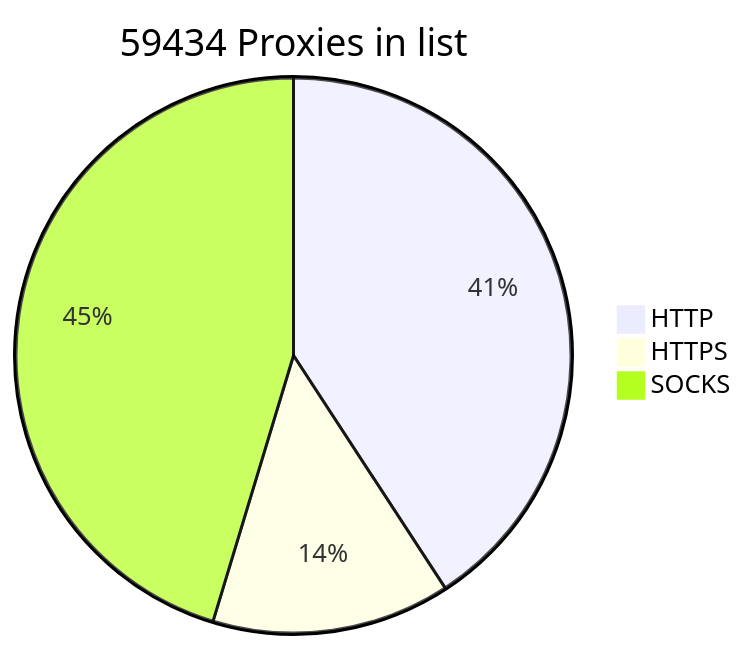
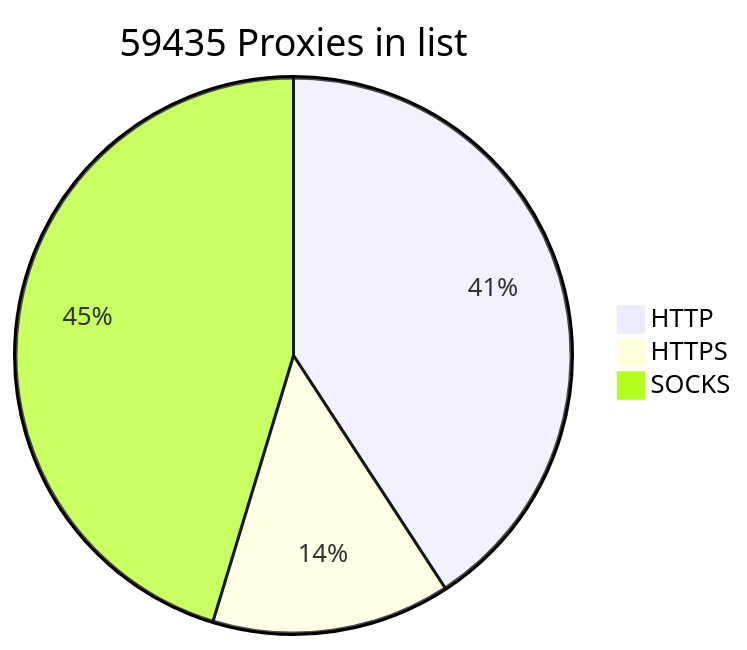
One commit to BlackSnowDot/proxylist-update-every-minute changed the diagram in README.md. Above: the diagram before and after it, drawn with Mermaid.

````diff
--- a/README.md
+++ b/README.md
@@ -2,6 +2,6 @@
 ```mermaid
-pie title 59434 Proxies in list
-    "HTTP" : 27369
-    "HTTPS": 9309
+pie title 59435 Proxies in list
+    "HTTP" : 27370
+    "HTTPS": 9310
     "SOCKS" : 30399
 ```
````
